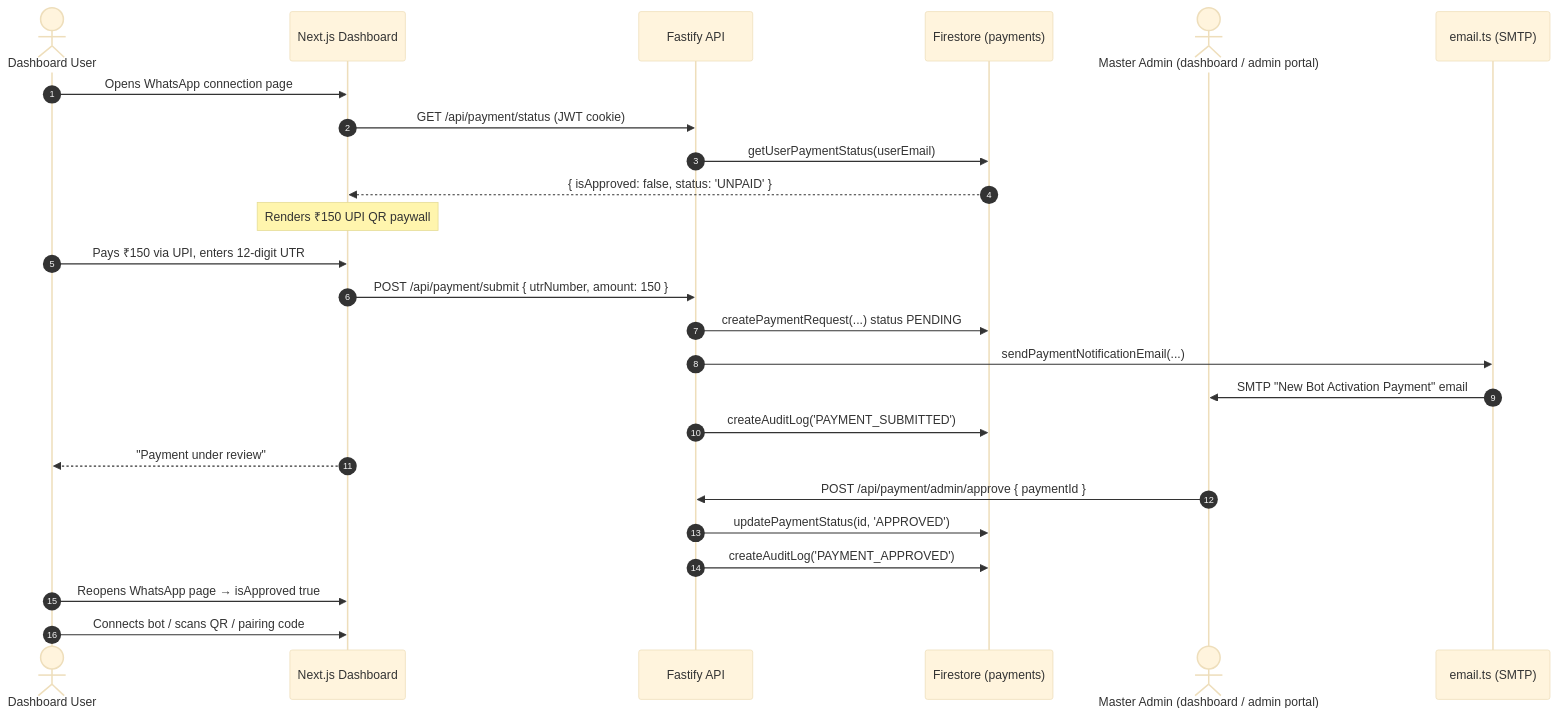
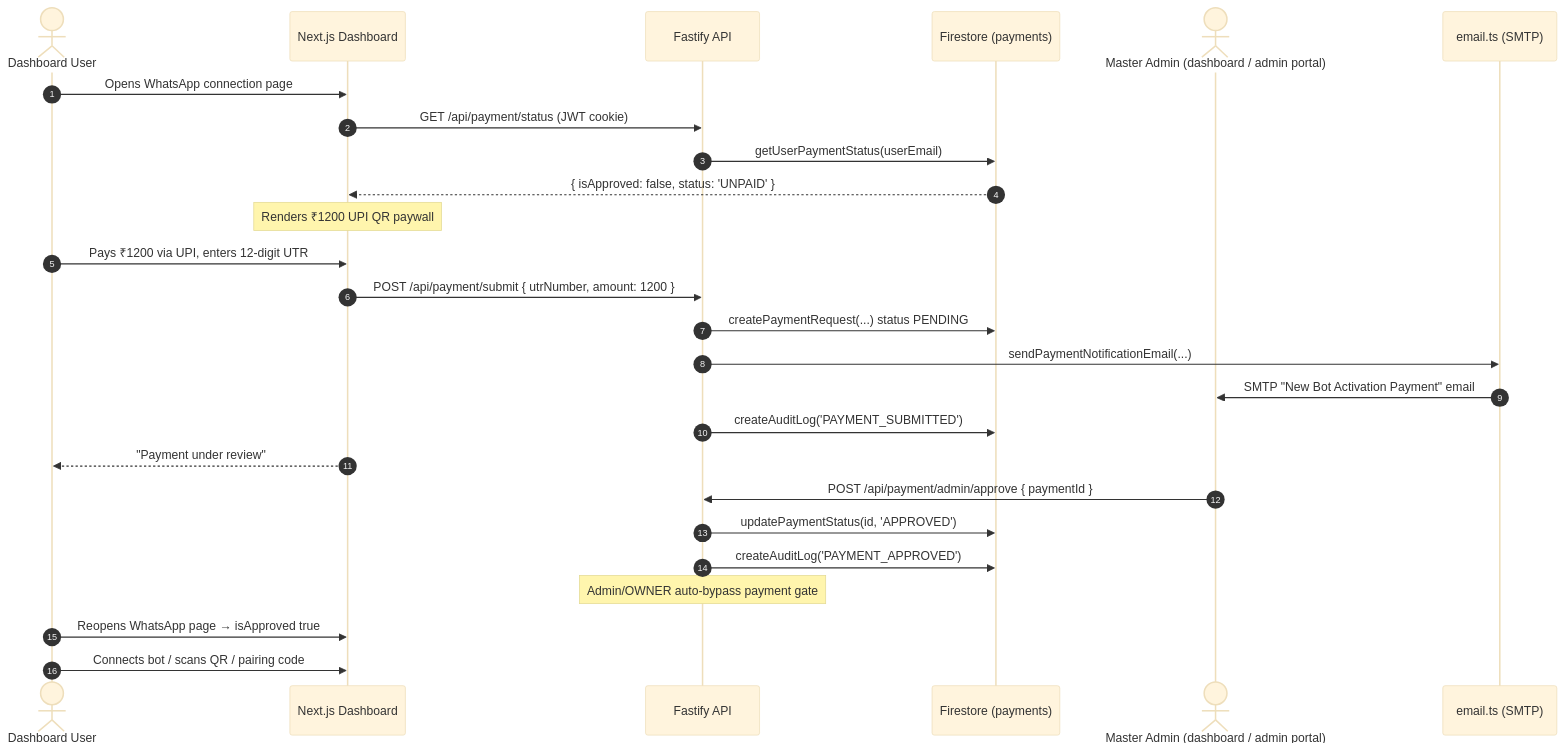
Before and after one commit to subhxroy/whatsapp-bot: the third of 4 diagrams in brain.md, drawn with Mermaid (base theme). The commit also changed other lines of this file and 2 other files, not shown here.

Commit message:
fix(vv): resolve owner phone number from LID and ensure reliable auto-forwarding

````diff
--- a/brain.md
+++ b/brain.md
@@ -776,28 +784,29 @@
 ```mermaid
 sequenceDiagram
     autonumber
     actor Customer as Dashboard User
     participant Web as Next.js Dashboard
     participant API as Fastify API
     participant FS as Firestore (payments)
     actor Admin as Master Admin (dashboard / admin portal)
     participant Mail as email.ts (SMTP)
 
     Customer->>Web: Opens WhatsApp connection page
     Web->>API: GET /api/payment/status (JWT cookie)
     API->>FS: getUserPaymentStatus(userEmail)
     FS-->>Web: { isApproved: false, status: 'UNPAID' }
-    Note over Web: Renders ₹150 UPI QR paywall
-    Customer->>Web: Pays ₹150 via UPI, enters 12-digit UTR
-    Web->>API: POST /api/payment/submit { utrNumber, amount: 150 }
+    Note over Web: Renders ₹1200 UPI QR paywall
+    Customer->>Web: Pays ₹1200 via UPI, enters 12-digit UTR
+    Web->>API: POST /api/payment/submit { utrNumber, amount: 1200 }
     API->>FS: createPaymentRequest(...) status PENDING
     API->>Mail: sendPaymentNotificationEmail(...)
     Mail->>Admin: SMTP "New Bot Activation Payment" email
     API->>FS: createAuditLog('PAYMENT_SUBMITTED')
     Web-->>Customer: "Payment under review"
     Admin->>API: POST /api/payment/admin/approve { paymentId }
     API->>FS: updatePaymentStatus(id, 'APPROVED')
     API->>FS: createAuditLog('PAYMENT_APPROVED')
+    Note over API: Admin/OWNER auto-bypass payment gate
     Customer->>Web: Reopens WhatsApp page → isApproved true
     Customer->>Web: Connects bot / scans QR / pairing code
 ```
````
